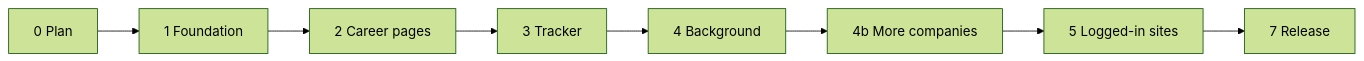
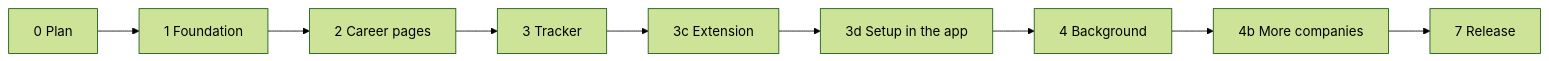
One commit to Avijit07x/truapply changed the diagram in docs/plan.md. Above: the diagram before and after it, drawn with Mermaid (forest theme). The commit also changed other lines of this file and 17 other files, not shown here.

````diff
--- a/docs/plan.md
+++ b/docs/plan.md
@@ -84,5 +97,5 @@
 ```mermaid
 flowchart LR
-  P0[0 Plan] --> P1[1 Foundation] --> P2[2 Career pages] --> P3[3 Tracker] --> P4[4 Background] --> P4b[4b More companies]
-  P4b --> P5[5 Logged-in sites] --> P7[7 Release]
+  P0[0 Plan] --> P1[1 Foundation] --> P2[2 Career pages] --> P3[3 Tracker] --> P3c[3c Extension] --> P3d[3d Setup in the app]
+  P3d --> P4[4 Background] --> P4b[4b More companies] --> P7[7 Release]
 ```
````
